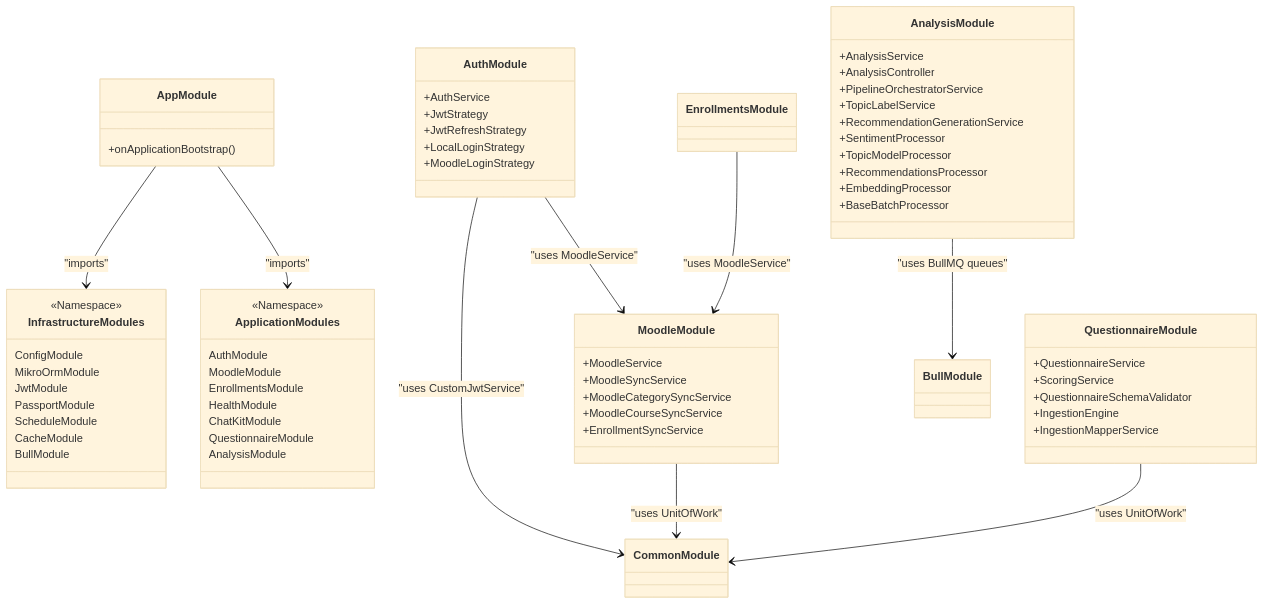
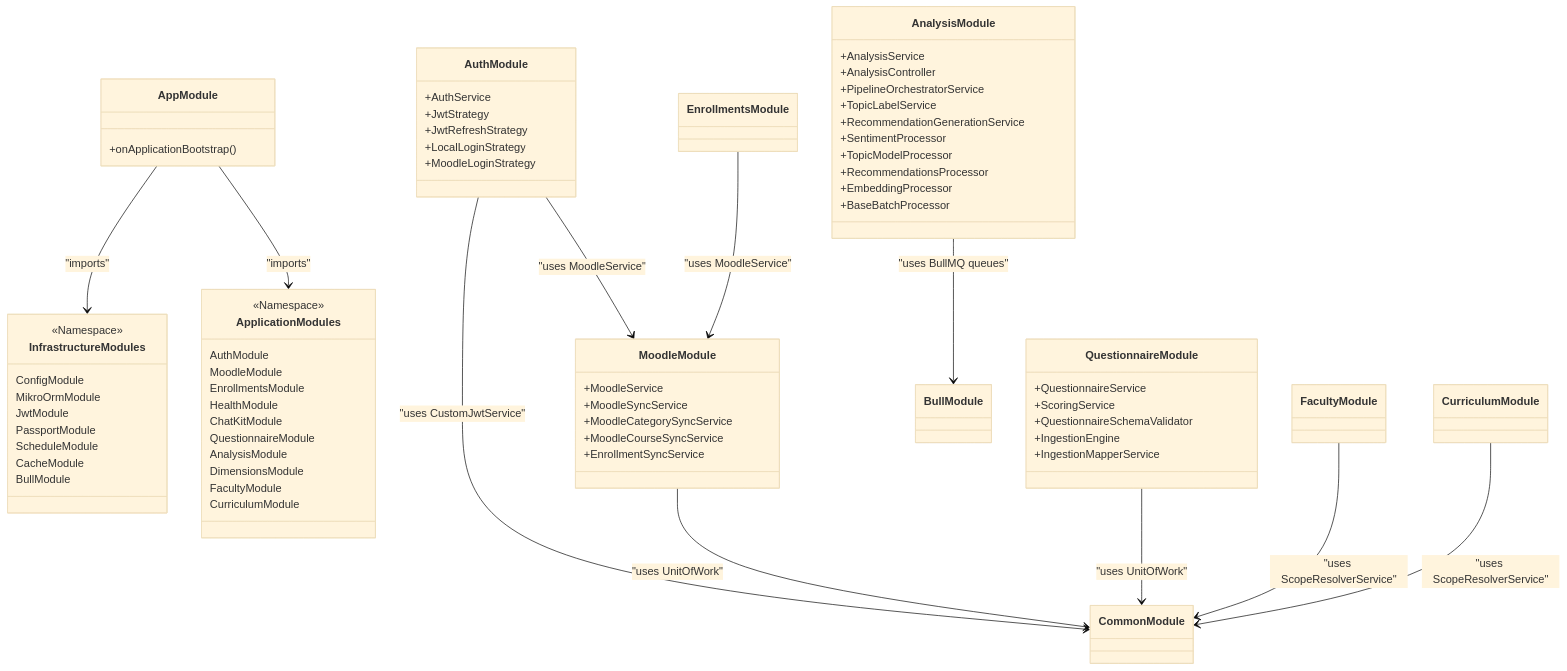
Before and after one commit to CtrlAltElite-Devs/docs.dev.faculytics: the diagram in content/docs/architecture/core-components.mdx, drawn with Mermaid (base theme). The commit also changed other lines of this file and 22 other files, not shown here.

````diff
--- a/content/docs/architecture/core-components.mdx
+++ b/content/docs/architecture/core-components.mdx
@@ -33,73 +33,78 @@
 ```mermaid
 classDiagram
     class AppModule {
         +onApplicationBootstrap()
     }
     class InfrastructureModules {
         <<Namespace>>
         ConfigModule
         MikroOrmModule
         JwtModule
         PassportModule
         ScheduleModule
         CacheModule
         BullModule
     }
     class ApplicationModules {
         <<Namespace>>
         AuthModule
         MoodleModule
         EnrollmentsModule
         HealthModule
         ChatKitModule
         QuestionnaireModule
         AnalysisModule
+        DimensionsModule
+        FacultyModule
+        CurriculumModule
     }
 
     AppModule --> InfrastructureModules : "imports"
     AppModule --> ApplicationModules : "imports"
 
     AuthModule --> MoodleModule : "uses MoodleService"
     AuthModule --> CommonModule : "uses CustomJwtService"
     MoodleModule --> CommonModule : "uses UnitOfWork"
     EnrollmentsModule --> MoodleModule : "uses MoodleService"
     QuestionnaireModule --> CommonModule : "uses UnitOfWork"
     AnalysisModule --> BullModule : "uses BullMQ queues"
+    FacultyModule --> CommonModule : "uses ScopeResolverService"
+    CurriculumModule --> CommonModule : "uses ScopeResolverService"
 
     class AnalysisModule {
         +AnalysisService
         +AnalysisController
         +PipelineOrchestratorService
         +TopicLabelService
         +RecommendationGenerationService
         +SentimentProcessor
         +TopicModelProcessor
         +RecommendationsProcessor
         +EmbeddingProcessor
         +BaseBatchProcessor
     }
 
     class MoodleModule {
         +MoodleService
         +MoodleSyncService
         +MoodleCategorySyncService
         +MoodleCourseSyncService
         +EnrollmentSyncService
     }
 
     class AuthModule {
         +AuthService
         +JwtStrategy
         +JwtRefreshStrategy
         +LocalLoginStrategy
         +MoodleLoginStrategy
     }
 
     class QuestionnaireModule {
         +QuestionnaireService
         +ScoringService
         +QuestionnaireSchemaValidator
         +IngestionEngine
         +IngestionMapperService
     }
 ```
````
